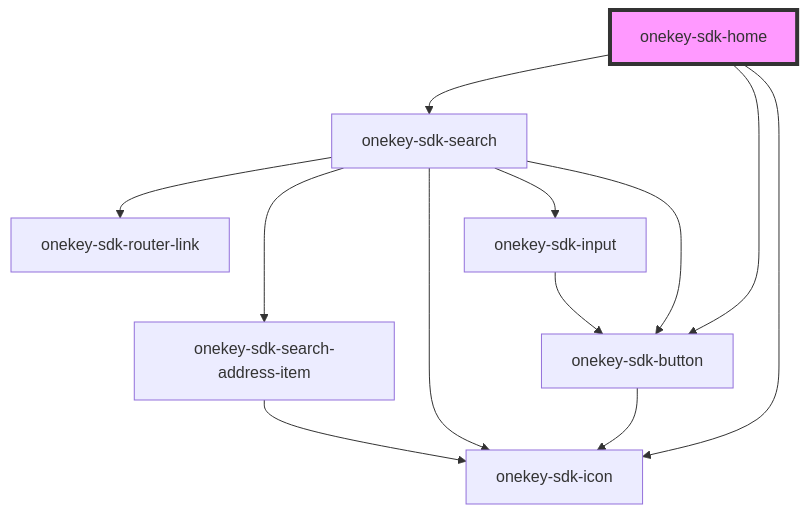
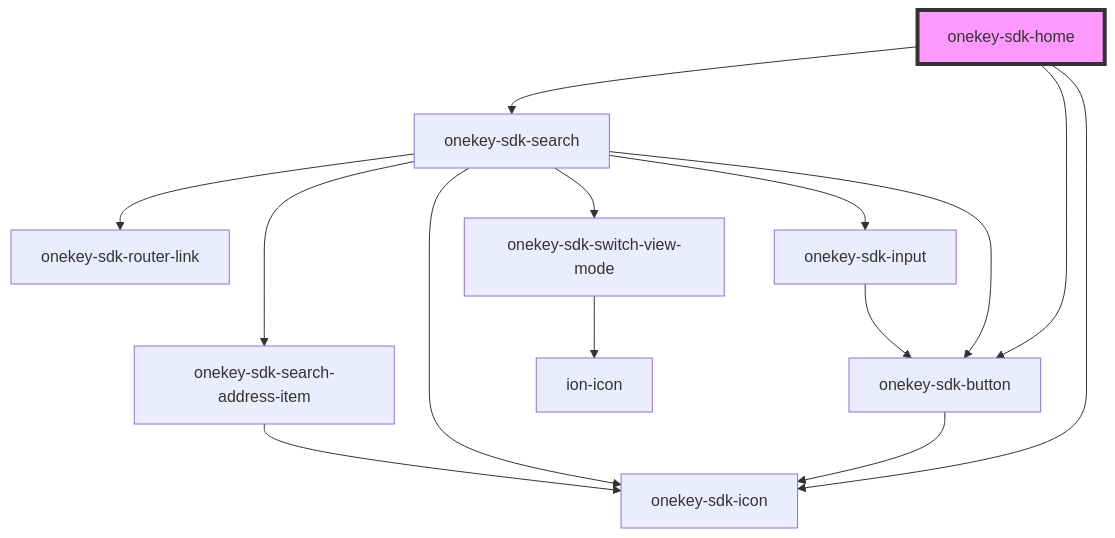
Before and after one commit to hcl-sdk/HealthCareLocatorWebSDK: the diagram in packages/onekey-sdk-core-ui/docs/components/screens/onekey-sdk-home/readme.md, drawn with Mermaid. The commit also changed 25 other files, not shown here.

````diff
--- a/packages/onekey-sdk-core-ui/docs/components/screens/onekey-sdk-home/readme.md
+++ b/packages/onekey-sdk-core-ui/docs/components/screens/onekey-sdk-home/readme.md
@@ -17,15 +17,17 @@
 ```mermaid
 graph TD;
   onekey-sdk-home --> onekey-sdk-button
   onekey-sdk-home --> onekey-sdk-search
   onekey-sdk-home --> onekey-sdk-icon
   onekey-sdk-button --> onekey-sdk-icon
   onekey-sdk-search --> onekey-sdk-search-address-item
   onekey-sdk-search --> onekey-sdk-router-link
   onekey-sdk-search --> onekey-sdk-icon
   onekey-sdk-search --> onekey-sdk-input
   onekey-sdk-search --> onekey-sdk-button
+  onekey-sdk-search --> onekey-sdk-switch-view-mode
   onekey-sdk-search-address-item --> onekey-sdk-icon
   onekey-sdk-input --> onekey-sdk-button
+  onekey-sdk-switch-view-mode --> ion-icon
   style onekey-sdk-home fill:#f9f,stroke:#333,stroke-width:4px
 ```
````
